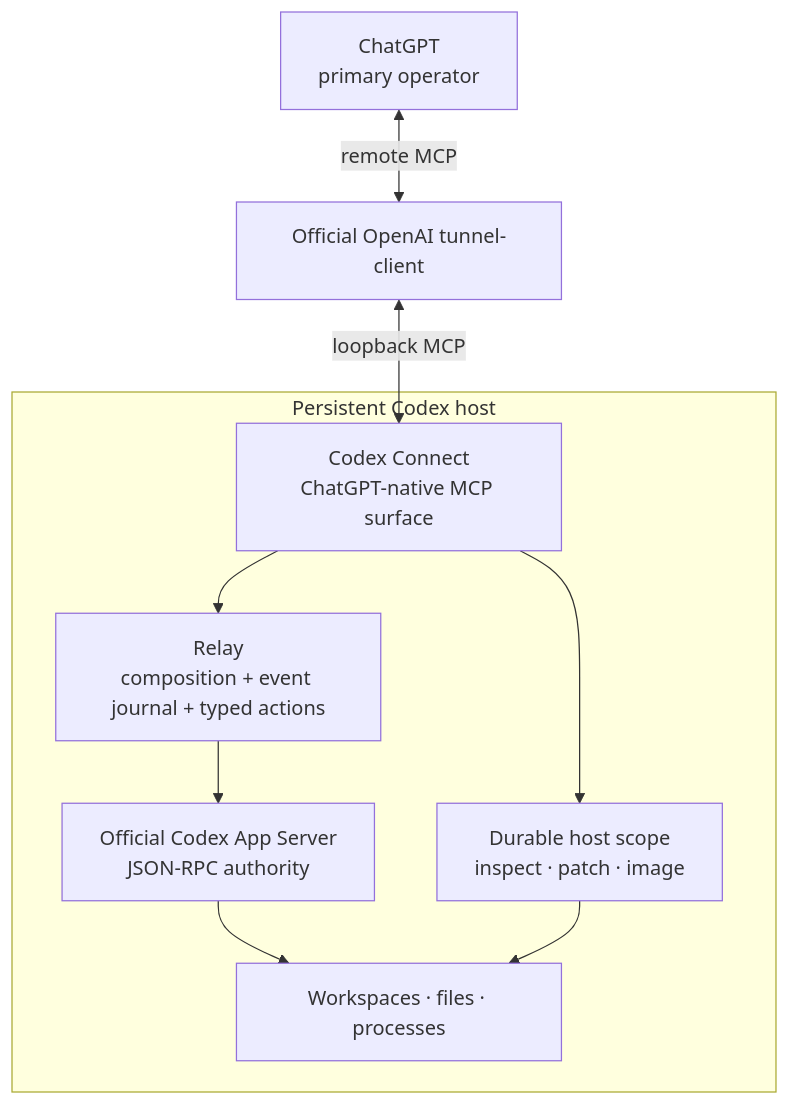
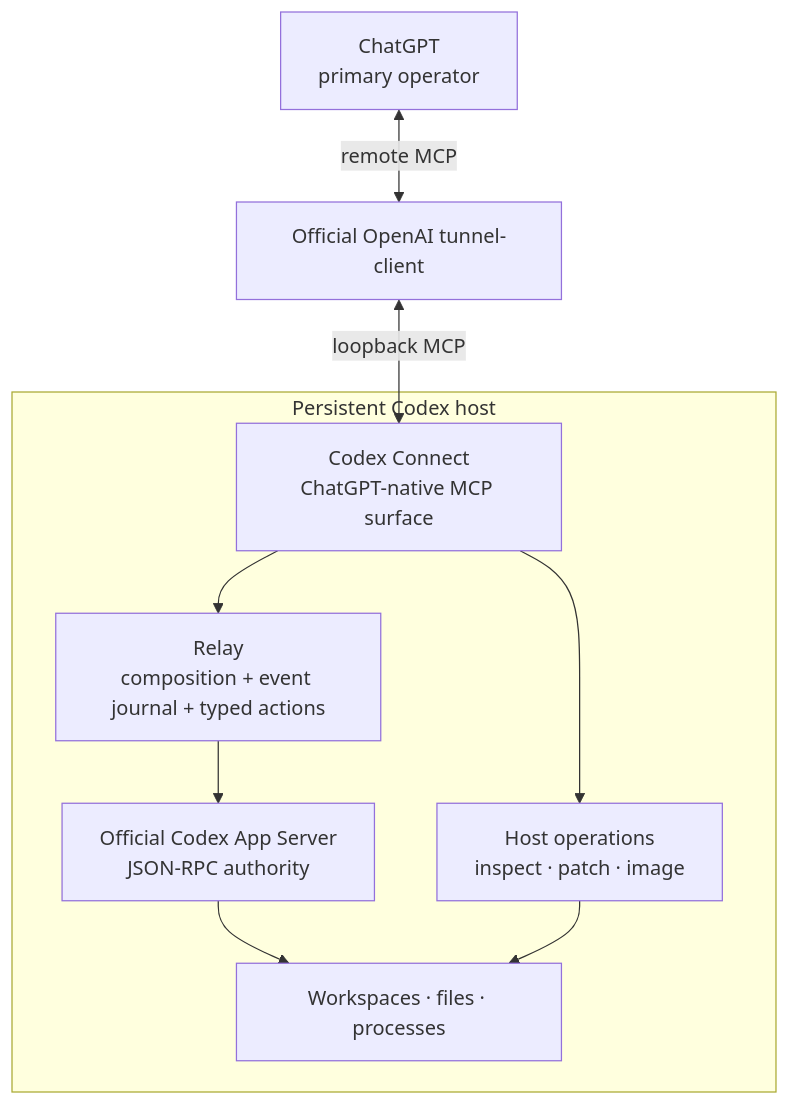
One commit to Jesrey0/codex-connect changed the first of 2 diagrams in docs/architecture/overview.md. Above: the diagram before and after it, drawn with Mermaid. The commit also changed other lines of this file and 24 other files, not shown here.

````diff
--- a/docs/architecture/overview.md
+++ b/docs/architecture/overview.md
@@ -7,22 +7,22 @@
 ```mermaid
 flowchart TD
     CHAT[ChatGPT<br/>primary operator]
     TUNNEL[Official OpenAI tunnel-client]
 
     subgraph HOST[Persistent Codex host]
         MCP[Codex Connect<br/>ChatGPT-native MCP surface]
         ADAPTER[Relay<br/>composition + event journal + typed actions]
         APP[Official Codex App Server<br/>JSON-RPC authority]
-        SCOPE[Durable host scope<br/>inspect · patch · image]
+        HOSTOPS[Host operations<br/>inspect · patch · image]
         STATE[Workspaces · files · processes]
 
         MCP --> ADAPTER
-        MCP --> SCOPE
+        MCP --> HOSTOPS
         ADAPTER --> APP
         APP --> STATE
-        SCOPE --> STATE
+        HOSTOPS --> STATE
     end
 
     CHAT <-->|remote MCP| TUNNEL
     TUNNEL <-->|loopback MCP| MCP
 ```
````
